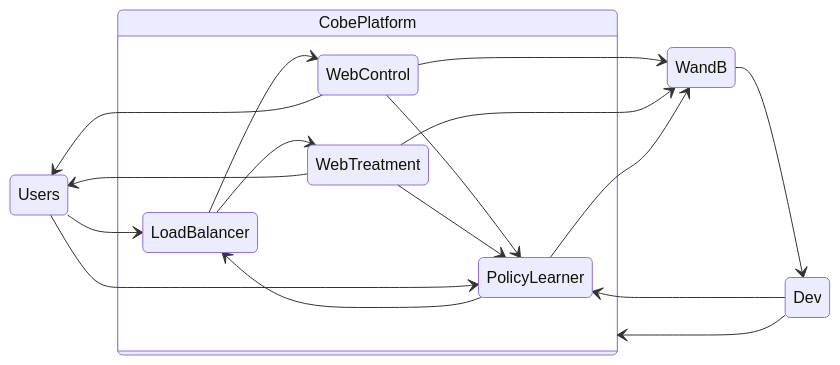
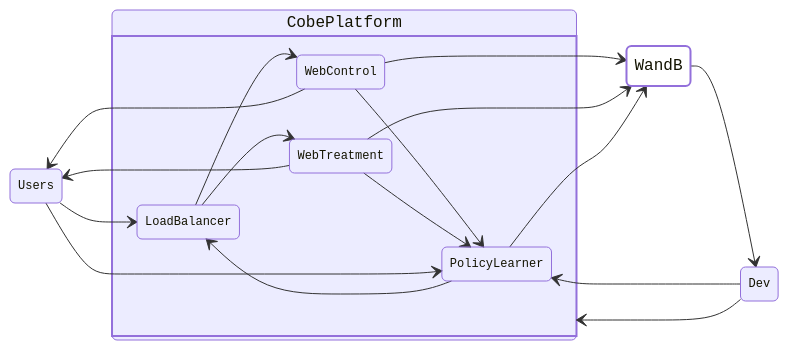
Before and after one commit to wirrywoo/COBRA: the diagram in README.md, drawn with Mermaid.

````diff
--- a/README.md
+++ b/README.md
@@ -89,24 +89,29 @@
 ```mermaid
-stateDiagram-v2
+
+stateDiagram
+
+    classDef platform font-family: courier, font-size:16px, fill:transparent, stroke-width:2px
+    classDef container font-family: courier, font-size:12px, fill:transparent
+    classDef actor font-family: courier, font-size:12px
+
     direction LR
-    Users --> LoadBalancer
-    Dev --> CobePlatform
-
+    Users --> LoadBalancer:::container
+    Dev --> CobePlatform:::platform
 
     state CobePlatform {
         direction LR
         LoadBalancer --> WebControl
         LoadBalancer --> WebTreatment
         WebControl --> PolicyLearner
         WebTreatment --> PolicyLearner
         PolicyLearner --> LoadBalancer
     }
-    WebControl --> Users
-    WebTreatment --> Users
-    Users --> PolicyLearner
-    WebControl --> WandB
+    WebControl:::container --> Users:::actor
+    WebTreatment:::container --> Users
+    Users --> PolicyLearner:::container
+    WebControl --> WandB:::platform
     WebTreatment --> WandB
     PolicyLearner --> WandB
-    WandB --> Dev
+    WandB --> Dev:::actor
     Dev --> PolicyLearner
 ```
````
